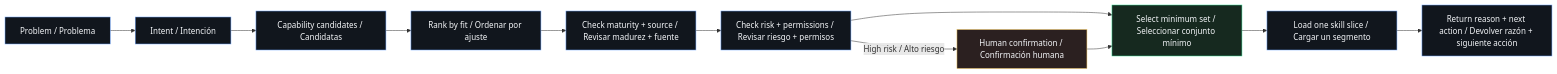
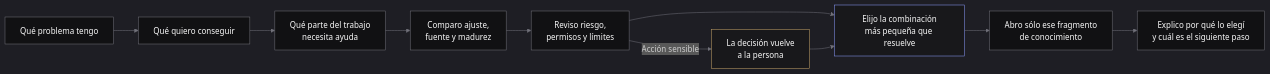
Before and after one commit to christiandejesus320-droid/universal-agent-skills-gateway: the diagram in skills/universal-agent-workspace/references/maps/02-skill-selection.mmd, drawn with Mermaid. The commit also changed 12 other files, not shown here.

```diff
--- a/skills/universal-agent-workspace/references/maps/02-skill-selection.mmd
+++ b/skills/universal-agent-workspace/references/maps/02-skill-selection.mmd
@@ -1,18 +1,18 @@
+%%{init: {"theme":"dark", "themeVariables":{"background":"#09090B","primaryColor":"#111113","primaryTextColor":"#FAFAFA","primaryBorderColor":"#52525B","lineColor":"#71717A","secondaryColor":"#18181B","tertiaryColor":"#27272A","fontFamily":"Inter, Arial"}}}%%
 flowchart LR
-  A[Problem / Problema] --> B[Intent / Intención]
-  B --> C[Capability candidates / Candidatas]
-  C --> D[Rank by fit / Ordenar por ajuste]
-  D --> E[Check maturity + source / Revisar madurez + fuente]
-  E --> F[Check risk + permissions / Revisar riesgo + permisos]
-  F --> G[Select minimum set / Seleccionar conjunto mínimo]
-  G --> H[Load one skill slice / Cargar un segmento]
-  H --> I[Return reason + next action / Devolver razón + siguiente acción]
-  F -->|High risk / Alto riesgo| J[Human confirmation / Confirmación humana]
-  J --> G
+  A[Qué problema tengo] --> B[Qué quiero conseguir]
+  B --> C[Qué parte del trabajo<br/>necesita ayuda]
+  C --> D[Comparo ajuste,<br/>fuente y madurez]
+  D --> E[Reviso riesgo,<br/>permisos y límites]
+  E --> F[Elijo la combinación<br/>más pequeña que resuelve]
+  F --> G[Abro sólo ese fragmento<br/>de conocimiento]
+  G --> H[Explico por qué lo elegí<br/>y cuál es el siguiente paso]
+  E -->|Acción sensible| I[La decisión vuelve<br/>a la persona]
+  I --> F
 
-  classDef main fill:#11161d,stroke:#72a7ff,color:#f5f7fa
-  classDef gate fill:#16291f,stroke:#3ddc97,color:#f5f7fa
-  classDef human fill:#2b2020,stroke:#f6c85f,color:#f5f7fa
-  class A,B,C,D,E,F,H,I main
-  class G gate
-  class J human
+  classDef main fill:#111113,stroke:#71717A,color:#FAFAFA,stroke-width:1px
+  classDef chosen fill:#18181B,stroke:#8B9CFF,color:#FAFAFA,stroke-width:1px
+  classDef human fill:#18181B,stroke:#C7A56B,color:#FAFAFA,stroke-width:1px
+  class A,B,C,D,E,G,H main
+  class F chosen
+  class I human
```
